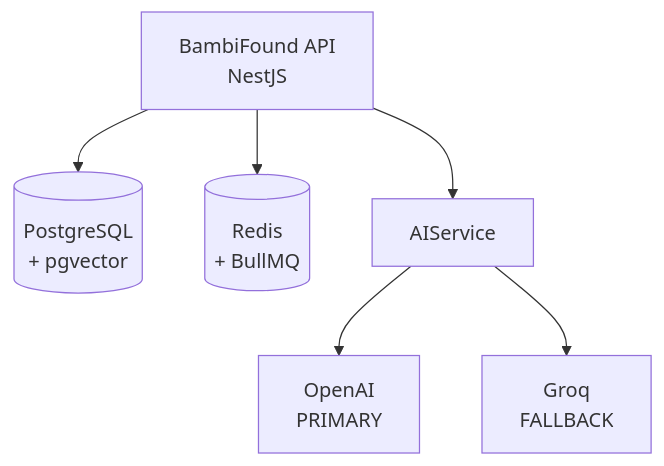
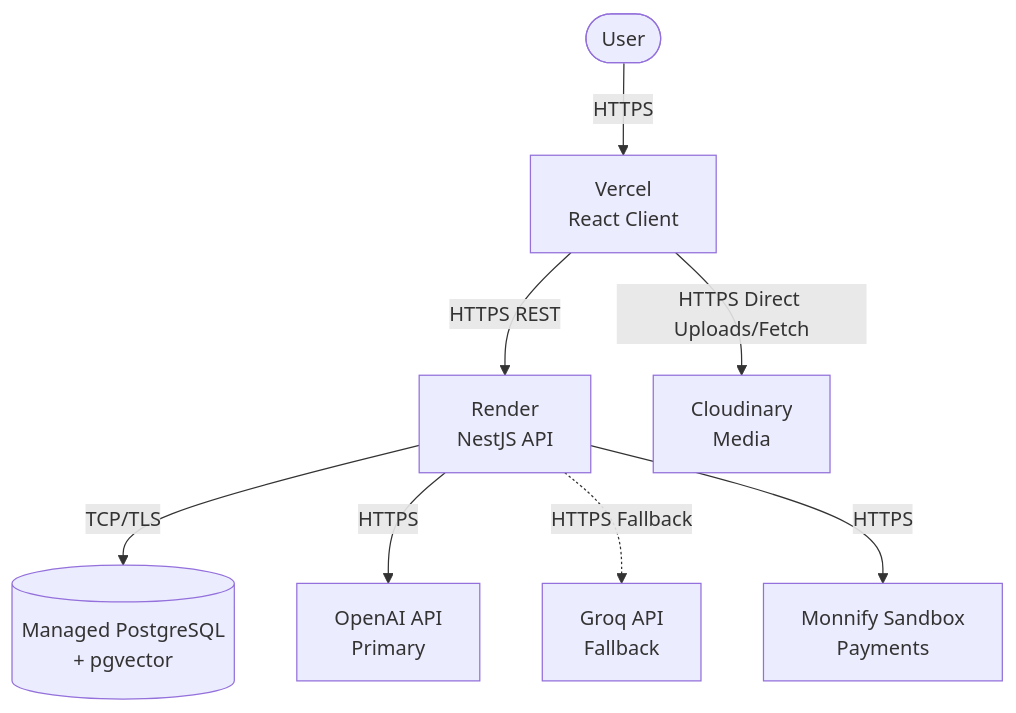
Before and after one commit to cosmasonyekwelu/BambiFound: the diagram in docs/system_design.md, drawn with Mermaid. The commit also changed other lines of this file and 1 other file, not shown here.

````diff
--- a/docs/system_design.md
+++ b/docs/system_design.md
@@ -52,15 +43,12 @@
 ```mermaid
 graph TD
-    API[BambiFound API<br/>NestJS]
-    DB[(PostgreSQL<br/>+ pgvector)]
-    Cache[(Redis<br/>+ BullMQ)]
-    AI[AIService]
-    OpenAI[OpenAI<br/>PRIMARY]
-    Groq[Groq<br/>FALLBACK]
-
-    API --> DB
-    API --> Cache
-    API --> AI
-    AI --> OpenAI
-    AI --> Groq
+    User([User]) -->|HTTPS| Vercel[Vercel<br/>React Client]
+    Vercel -->|HTTPS REST| Render[Render<br/>NestJS API]
+    
+    Render -->|TCP/TLS| DB[(Managed PostgreSQL<br/>+ pgvector)]
+    Render -->|HTTPS| OpenAI[OpenAI API<br/>Primary]
+    Render -.->|HTTPS Fallback| Groq[Groq API<br/>Fallback]
+    Render -->|HTTPS| Monnify[Monnify Sandbox<br/>Payments]
+    
+    Vercel -->|HTTPS Direct Uploads/Fetch| Cloudinary[Cloudinary<br/>Media]
 ```
````
